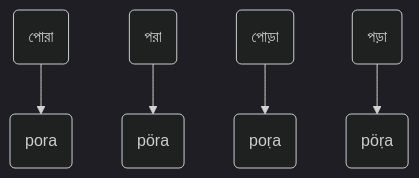
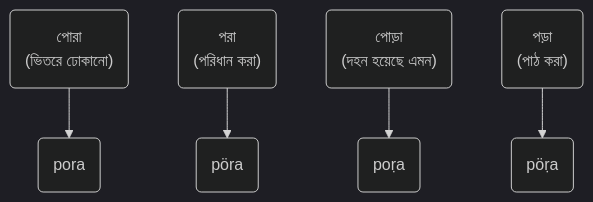
The second of 4 diagrams in README.md (KhiproKeyboard/shorolipi), drawn with Mermaid (dark theme) before and after one commit.

Commit message:
Enhance README with detailed flowchart examples
Updated flowchart examples with additional context in Bengali.

````diff
--- a/README.md
+++ b/README.md
@@ -15,7 +15,11 @@
 ```mermaid
 flowchart TD
-A("পোরা") --> B("pora")
-E("পরা") --> F("pöra")
-G("পোড়া") --> H("poṛa")
-C("পড়া") --> D("pöṛa")
+A("পোরা
+(ভিতরে ঢোকানো)") --> B("pora")
+E("পরা
+(পরিধান করা)") --> F("pöra")
+G("পোড়া
+(দহন হয়েছে এমন)") --> H("poṛa")
+C("পড়া
+(পাঠ করা)") --> D("pöṛa")
 ```
````
